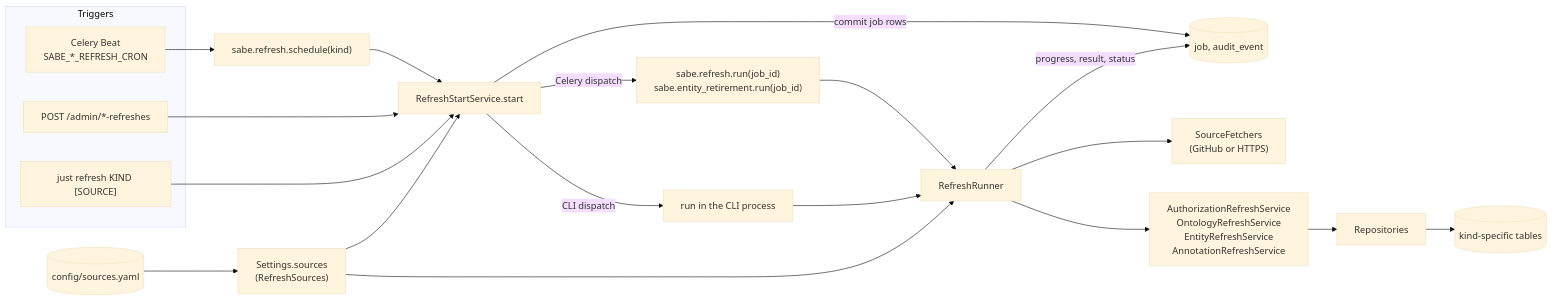
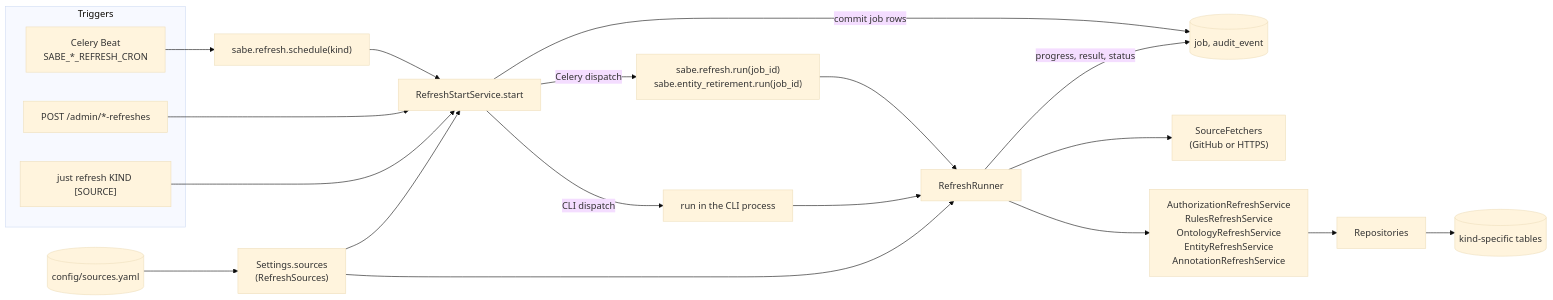
One commit to geneontology/standard-annotation-backend changed the first of 5 diagrams in docs/refresh-infrastructure.md. Above: the diagram before and after it, drawn with Mermaid (base theme). The commit also changed other lines of this file and 51 other files, not shown here.

````diff
--- a/docs/refresh-infrastructure.md
+++ b/docs/refresh-infrastructure.md
@@ -30,29 +31,29 @@
 ```mermaid
 flowchart LR
     subgraph Triggers
         beat["Celery Beat<br/>SABE_*_REFRESH_CRON"]
         api["POST /admin/*-refreshes"]
         cli["just refresh KIND [SOURCE]"]
     end
 
     yaml[("config/sources.yaml")] --> settings["Settings.sources<br/>(RefreshSources)"]
 
     beat --> sched["sabe.refresh.schedule(kind)"]
     sched --> start["RefreshStartService.start"]
     api --> start
     cli --> start
     settings --> start
 
     start -->|"commit job rows"| jobs[("job, audit_event")]
     start -->|"Celery dispatch"| run["sabe.refresh.run(job_id)<br/>sabe.entity_retirement.run(job_id)"]
     start -->|"CLI dispatch"| inproc["run in the CLI process"]
 
     run --> runner["RefreshRunner"]
     inproc --> runner
     settings --> runner
     runner --> fetch["SourceFetchers<br/>(GitHub or HTTPS)"]
-    runner --> services["AuthorizationRefreshService<br/>OntologyRefreshService<br/>EntityRefreshService<br/>AnnotationRefreshService"]
+    runner --> services["AuthorizationRefreshService<br/>RulesRefreshService<br/>OntologyRefreshService<br/>EntityRefreshService<br/>AnnotationRefreshService"]
     services --> repos["Repositories"]
     repos --> tables[("kind-specific tables")]
     runner -->|"progress, result, status"| jobs
 ```
````
